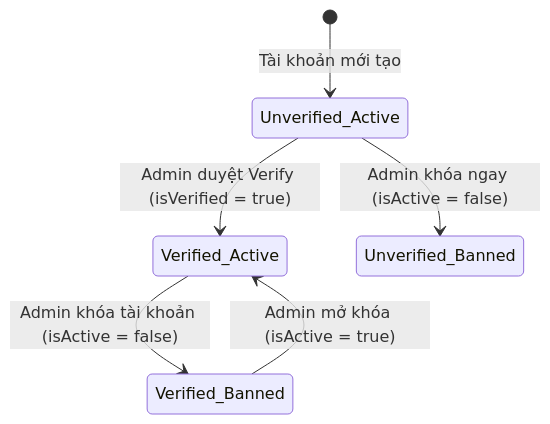
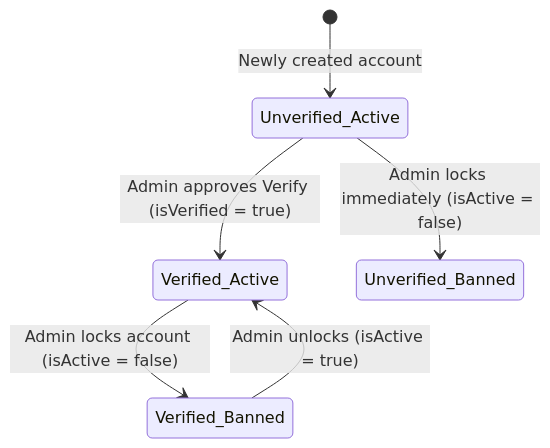
Diagram 11 of 13 in UC_Backend_Design_Details.md (dat-21/SWD392), drawn with Mermaid before and after one commit. The commit also changed other lines of this file and 1 other file, not shown here.

````diff
--- a/UC_Backend_Design_Details.md
+++ b/UC_Backend_Design_Details.md
@@ -285,8 +285,8 @@
 ```mermaid
 stateDiagram-v2
-    [*] --> Unverified_Active: Tài khoản mới tạo
-    Unverified_Active --> Verified_Active: Admin duyệt Verify (isVerified = true)
-    Verified_Active --> Verified_Banned: Admin khóa tài khoản (isActive = false)
-    Verified_Banned --> Verified_Active: Admin mở khóa (isActive = true)
-    Unverified_Active --> Unverified_Banned: Admin khóa ngay (isActive = false)
+    [*] --> Unverified_Active: Newly created account
+    Unverified_Active --> Verified_Active: Admin approves Verify (isVerified = true)
+    Verified_Active --> Verified_Banned: Admin locks account (isActive = false)
+    Verified_Banned --> Verified_Active: Admin unlocks (isActive = true)
+    Unverified_Active --> Unverified_Banned: Admin locks immediately (isActive = false)
 ```
````
